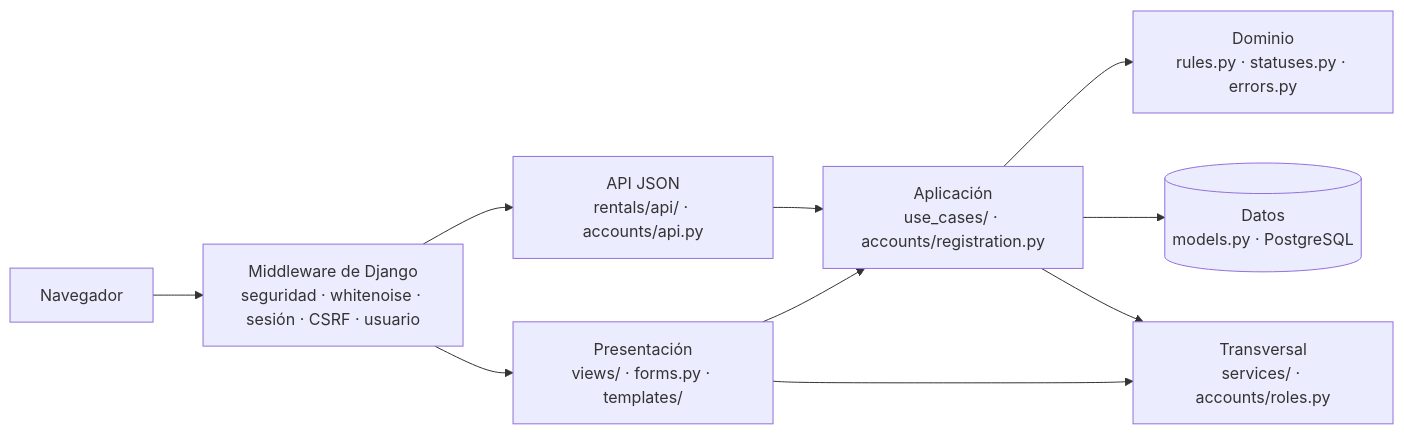
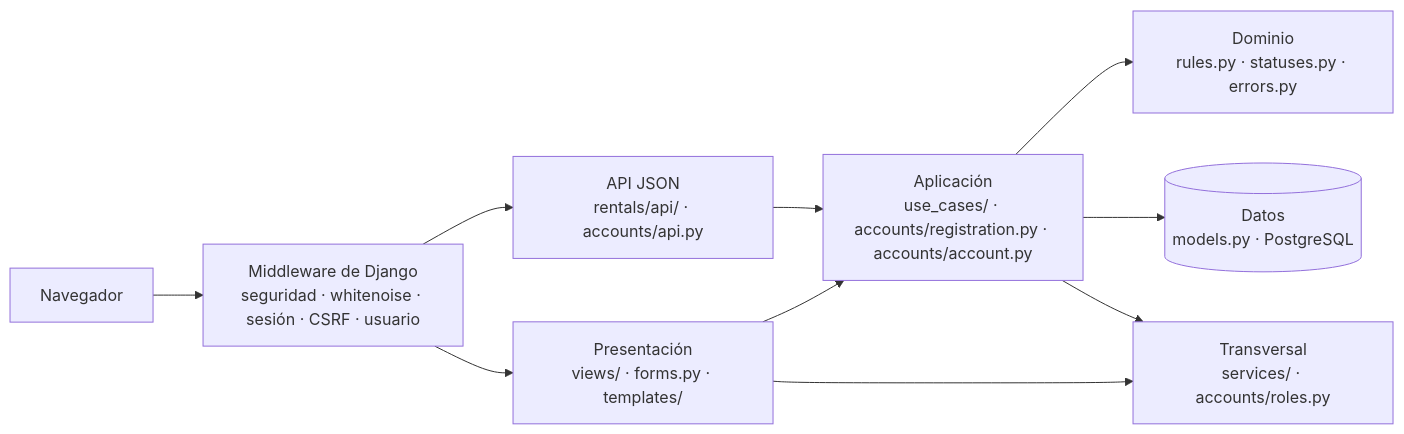
One commit to peterteranb/astra-rent-system changed the second of 4 diagrams in docs/arquitectura.md. Above: the diagram before and after it, drawn with Mermaid. The commit also changed other lines of this file and 9 other files, not shown here.

````diff
--- a/docs/arquitectura.md
+++ b/docs/arquitectura.md
@@ -8,12 +112,12 @@
 ```mermaid
 flowchart LR
-    N[Navegador] --> M[Middleware de Django<br/>seguridad · whitenoise · sesión · CSRF · usuario]
-    M --> P[Presentación<br/>views/ · forms.py · templates/]
-    M --> J[API JSON<br/>rentals/api/ · accounts/api.py]
+    N[Navegador] --> M["Middleware de Django<br/>seguridad · whitenoise · sesión · CSRF · usuario"]
+    M --> P["Presentación<br/>views/ · forms.py · templates/"]
+    M --> J["API JSON<br/>rentals/api/ · accounts/api.py"]
     J --> A
-    P --> A[Aplicación<br/>use_cases/ · accounts/registration.py]
-    A --> D[Dominio<br/>rules.py · statuses.py · errors.py]
-    A --> BD[(Datos<br/>models.py · PostgreSQL)]
-    A --> T[Transversal<br/>services/ · accounts/roles.py]
+    P --> A["Aplicación<br/>use_cases/ · accounts/registration.py · accounts/account.py"]
+    A --> D["Dominio<br/>rules.py · statuses.py · errors.py"]
+    A --> BD[("Datos<br/>models.py · PostgreSQL")]
+    A --> T["Transversal<br/>services/ · accounts/roles.py"]
     P --> T
 ```
````
